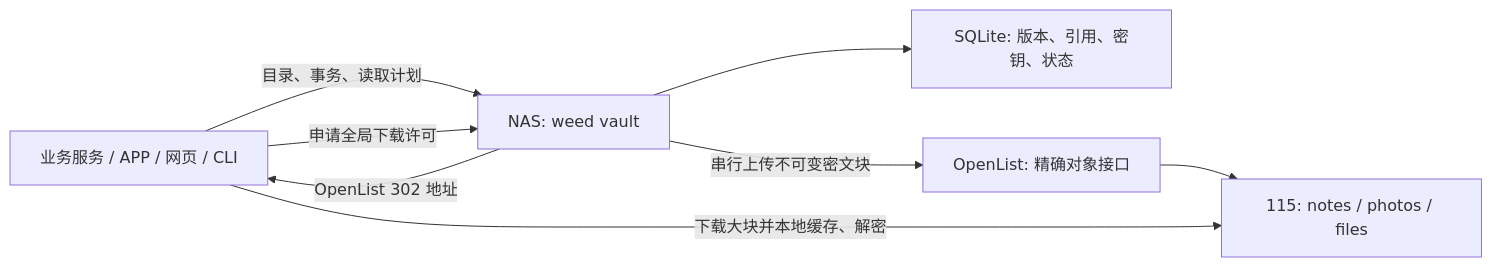
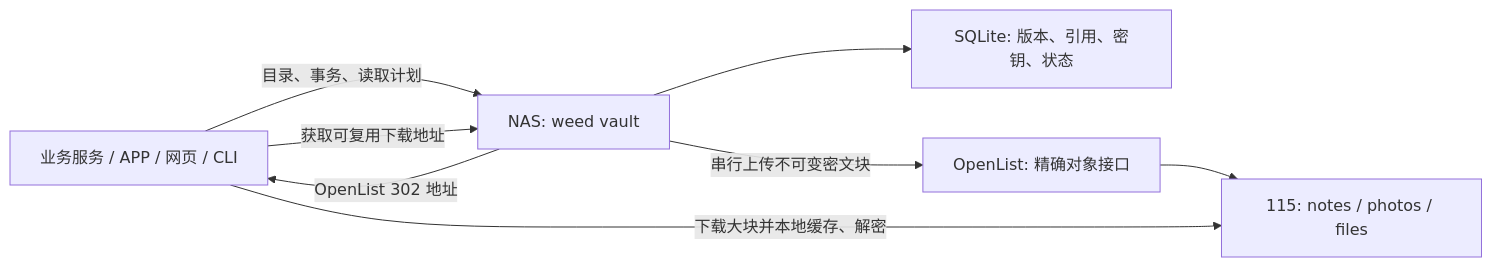
Before and after one commit to ahaduoduoduo/seaweedfs: the diagram in docs/vault.md, drawn with Mermaid. The commit also changed other lines of this file and 19 other files, not shown here.

````diff
--- a/docs/vault.md
+++ b/docs/vault.md
@@ -9,10 +9,10 @@
 ```mermaid
 flowchart LR
   A[业务服务 / APP / 网页 / CLI] -->|目录、事务、读取计划| B[NAS: weed vault]
   B --> C[SQLite: 版本、引用、密钥、状态]
   B -->|串行上传不可变密文块| D[OpenList: 精确对象接口]
   D --> E[115: notes / photos / files]
-  A -->|申请全局下载许可| B
+  A -->|获取可复用下载地址| B
   B -->|OpenList 302 地址| A
   A -->|下载大块并本地缓存、解密| E
 ```
````
